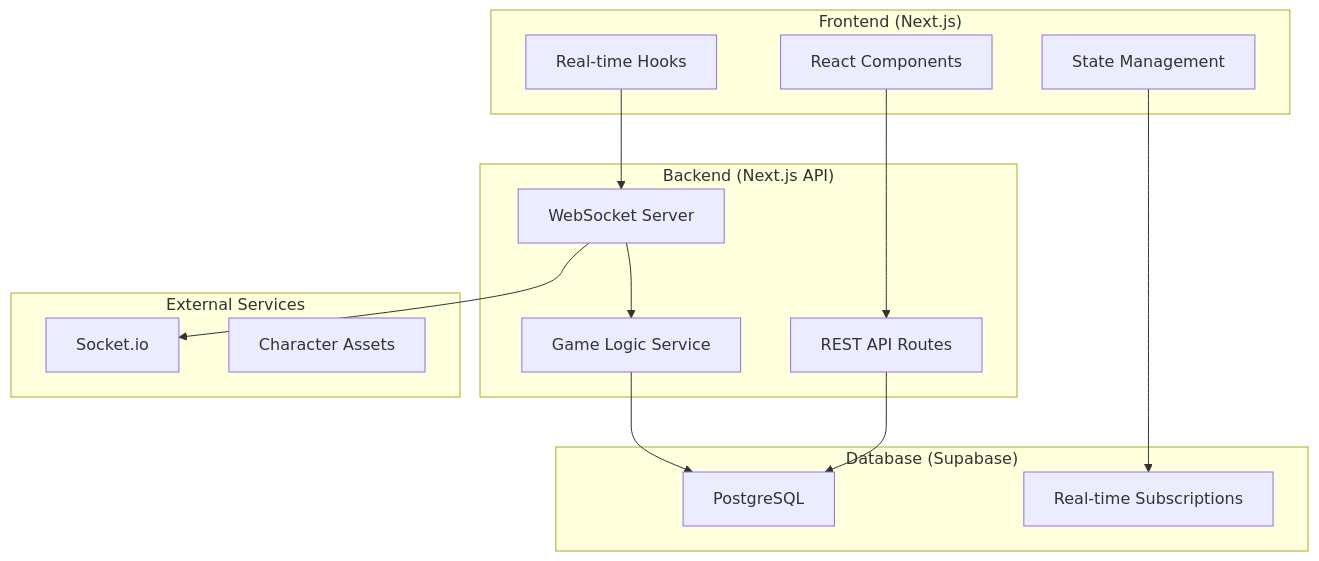
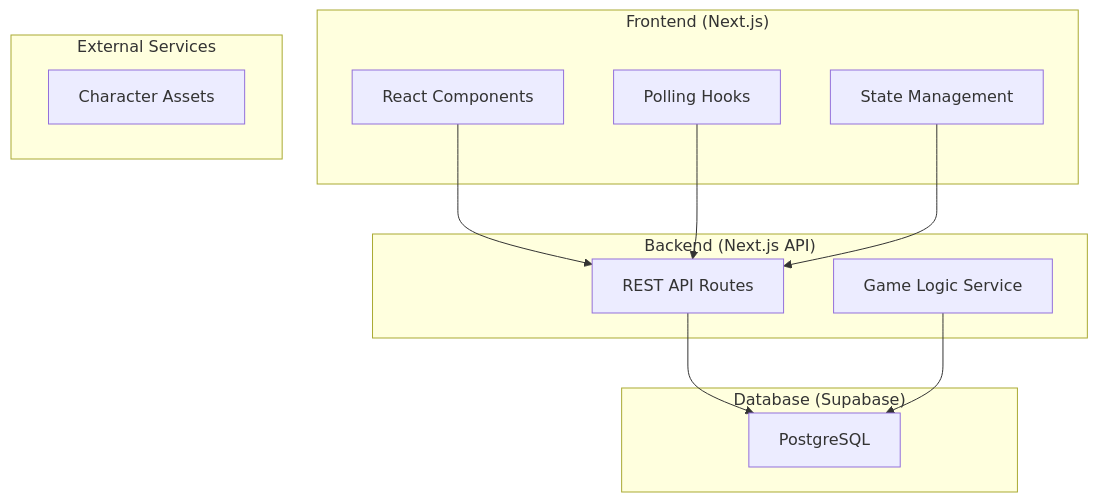
One commit to paxhumana-ai/loveline-game changed the sixth of 14 diagrams in .cursor/rules/template.prd.mdc. Above: the diagram before and after it, drawn with Mermaid. The commit also changed other lines of this file and 25 other files, not shown here.

Commit message:
feat: implement polling-based server actions for real-time state management

````diff
--- a/.cursor/rules/template.prd.mdc
+++ b/.cursor/rules/template.prd.mdc
@@ -318,32 +321,27 @@
 ```mermaid
 graph TB
     subgraph "Frontend (Next.js)"
         A[React Components]
-        B[Real-time Hooks]
+        B[Polling Hooks]
         C[State Management]
     end
 
     subgraph "Backend (Next.js API)"
         D[REST API Routes]
-        E[WebSocket Server]
-        F[Game Logic Service]
+        E[Game Logic Service]
     end
 
     subgraph "Database (Supabase)"
-        G[PostgreSQL]
-        H[Real-time Subscriptions]
+        F[PostgreSQL]
     end
 
     subgraph "External Services"
-        I[Socket.io]
-        J[Character Assets]
+        G[Character Assets]
     end
 
     A --> D
-    B --> E
-    C --> H
-    D --> G
-    E --> I
-    F --> G
+    B --> D
+    C --> D
+    D --> F
     E --> F
 ```
````
